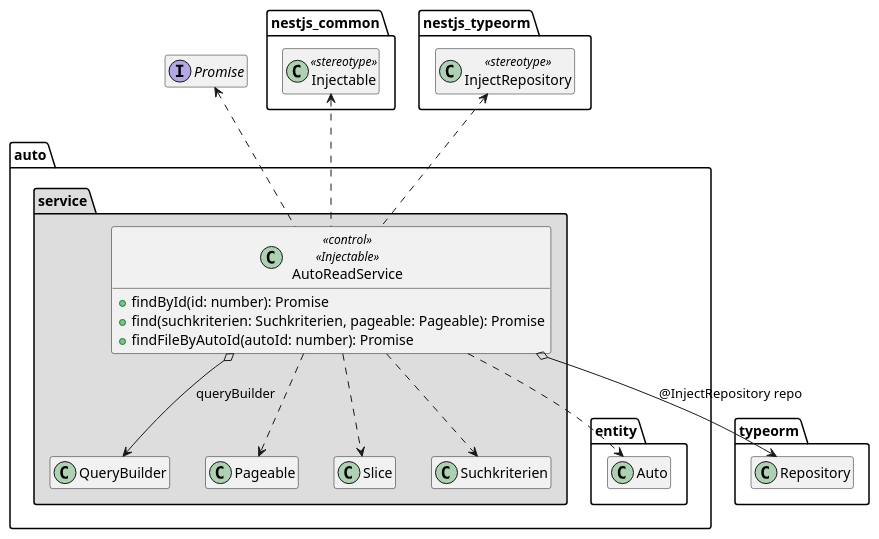
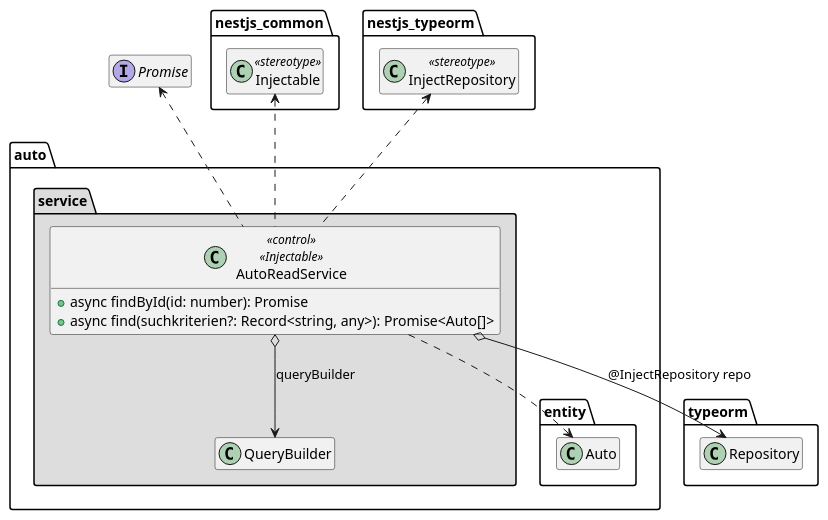
The diagram in .extras/doc/projekthandbuch/AutoReadService.plantuml (JBones35/auto), drawn with PlantUML before and after one commit. The commit also changed 8 other files, not shown here.

Commit message:
plant-uml nachbesserungen am 29.04

```diff
--- a/.extras/doc/projekthandbuch/AutoReadService.plantuml
+++ b/.extras/doc/projekthandbuch/AutoReadService.plantuml
@@ -1,54 +1,49 @@
 @startuml Anwendungskern
 
 ' --- Promise Interface
 interface Promise
 
 ' --- NestJS common package
 package nestjs_common {
   class Injectable <<stereotype>>
 }
 
 ' --- TypeORM
 package typeorm {
   class Repository
 }
 
 ' --- NestJS TypeORM
 package nestjs_typeorm {
   class InjectRepository <<stereotype>>
 }
 
 ' --- Auto Domain
 package auto {
   package entity {
     class Auto
   }
 
   package service #DDDDDD {
     class QueryBuilder
-    class Pageable
-    class Slice
-    class Suchkriterien
 
     class AutoReadService <<control>> <<Injectable>> {
-      +findById(id: number): Promise
-      +find(suchkriterien: Suchkriterien, pageable: Pageable): Promise
-      +findFileByAutoId(autoId: number): Promise
+      + async findById(id: number): Promise
+      + async find(suchkriterien?: Record<string, any>): Promise<Auto[]>
     }
 
     AutoReadService o--> QueryBuilder : queryBuilder
     AutoReadService o--> Repository : @InjectRepository repo
 
     AutoReadService .up.> Injectable
     AutoReadService .up.> InjectRepository
 
     AutoReadService .up.> Promise
     AutoReadService ..> Auto
-    AutoReadService ..> Pageable
-    AutoReadService ..> Suchkriterien
-    AutoReadService ..> Slice
+
   }
 }
 
 hide empty members
+
 @enduml
```
